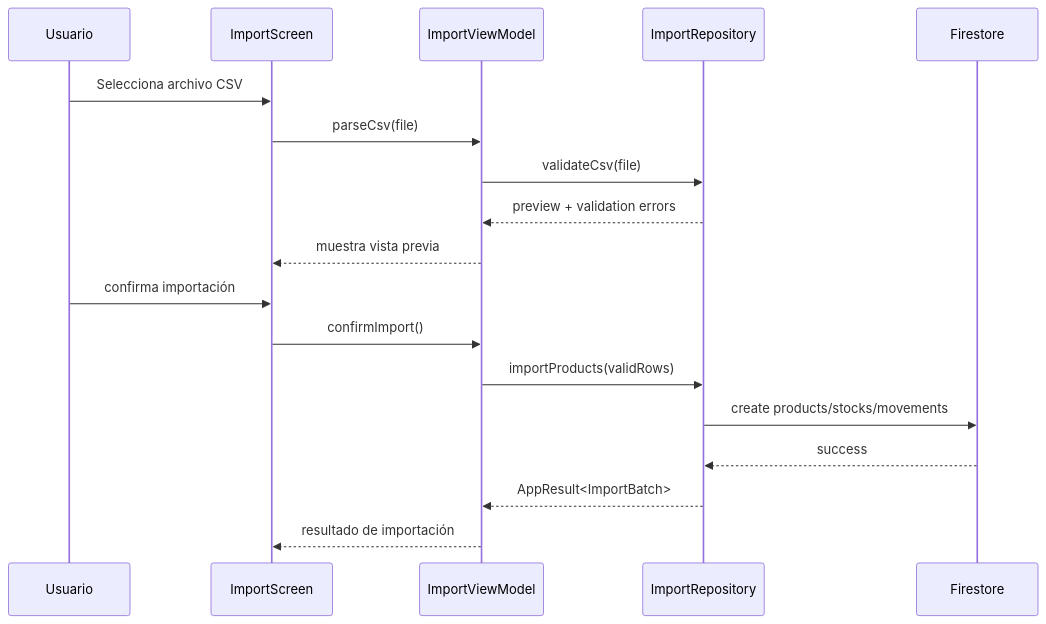
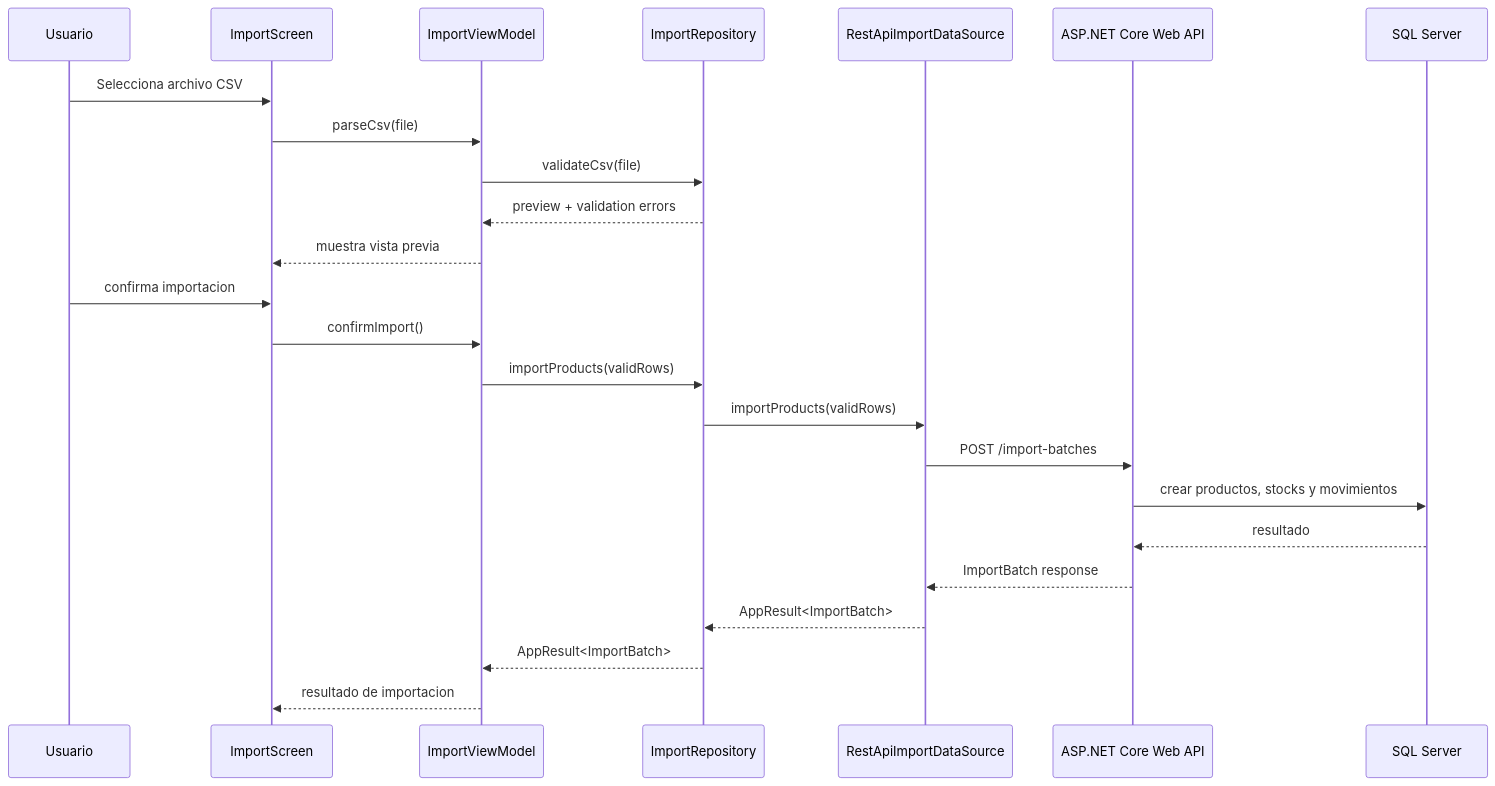
Before and after one commit to DevTeam-DAKFC/inventory-mobile-project: the sixth of 8 diagrams in docs/architecture/system-architecture.md, drawn with Mermaid. The commit also changed other lines of this file, not shown here.

Commit message:
docs(architecture): align system architecture with .NET backend

````diff
--- a/docs/architecture/system-architecture.md
+++ b/docs/architecture/system-architecture.md
@@ -555,21 +495,27 @@
 ```mermaid
 sequenceDiagram
     participant U as Usuario
     participant UI as ImportScreen
     participant VM as ImportViewModel
     participant R as ImportRepository
-    participant FS as Firestore
+    participant DS as RestApiImportDataSource
+    participant API as ASP.NET Core Web API
+    participant SQL as SQL Server
 
     U->>UI: Selecciona archivo CSV
     UI->>VM: parseCsv(file)
     VM->>R: validateCsv(file)
     R-->>VM: preview + validation errors
     VM-->>UI: muestra vista previa
-    U->>UI: confirma importación
+    U->>UI: confirma importacion
     UI->>VM: confirmImport()
     VM->>R: importProducts(validRows)
-    R->>FS: create products/stocks/movements
-    FS-->>R: success
+    R->>DS: importProducts(validRows)
+    DS->>API: POST /import-batches
+    API->>SQL: crear productos, stocks y movimientos
+    SQL-->>API: resultado
+    API-->>DS: ImportBatch response
+    DS-->>R: AppResult<ImportBatch>
     R-->>VM: AppResult<ImportBatch>
-    VM-->>UI: resultado de importación
+    VM-->>UI: resultado de importacion
 ```
````
